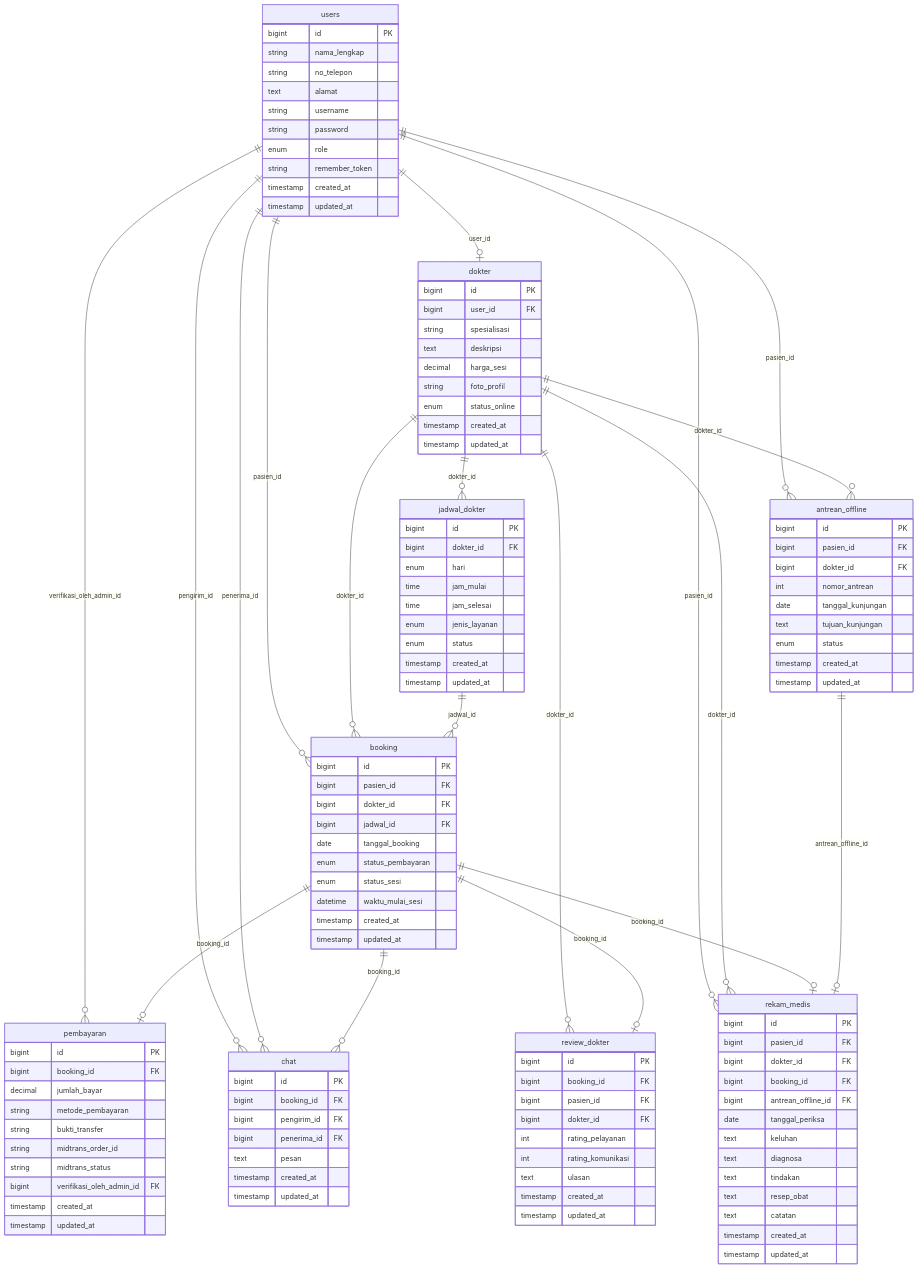
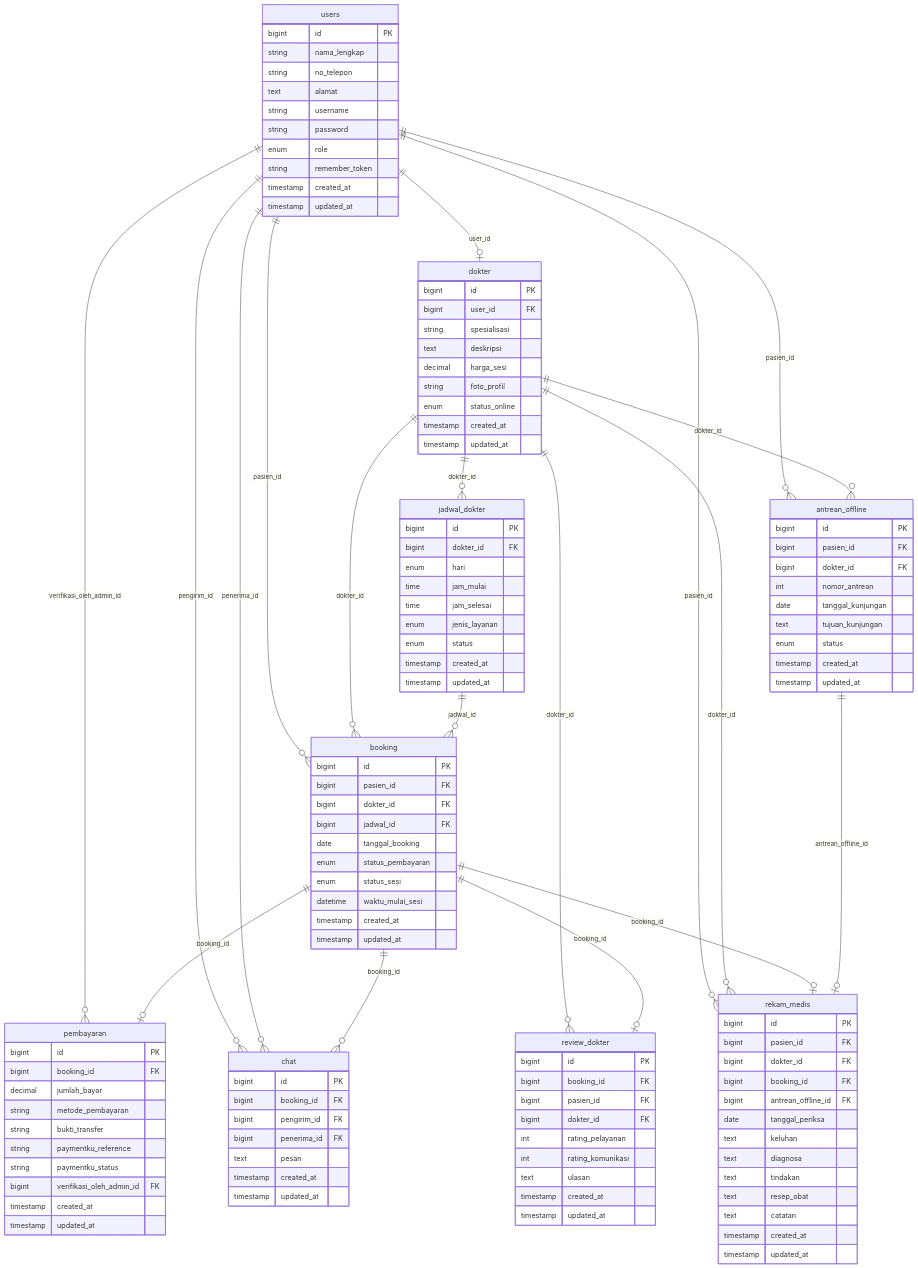
The diagram in docs/erd.md (ghazalyy/klinik-laravel), drawn with Mermaid before and after one commit. The commit also changed other lines of this file and 17 other files, not shown here.

```diff
--- a/docs/erd.md
+++ b/docs/erd.md
@@ -66,8 +66,8 @@
         decimal jumlah_bayar
         string metode_pembayaran
         string bukti_transfer
-        string midtrans_order_id
-        string midtrans_status
+        string paymentku_reference
+        string paymentku_status
         bigint verifikasi_oleh_admin_id FK
         timestamp created_at
         timestamp updated_at
```
